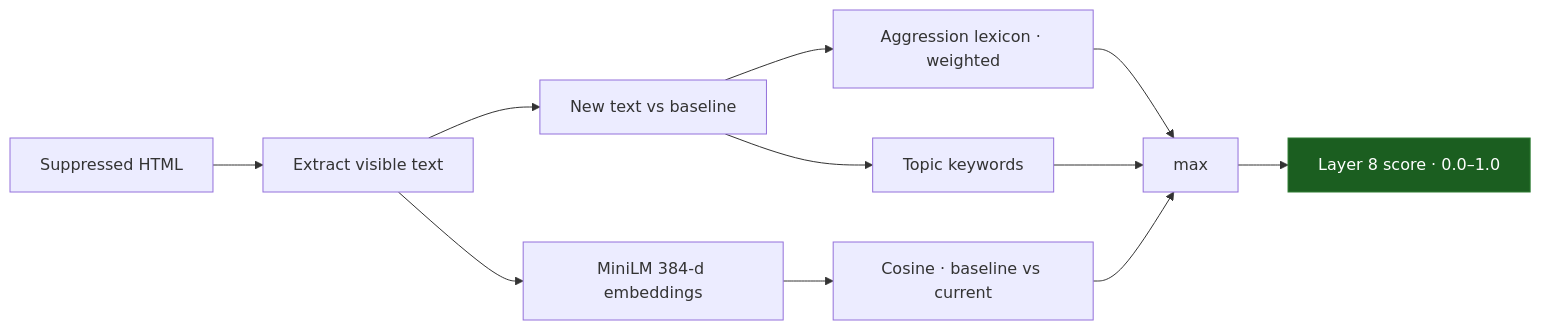
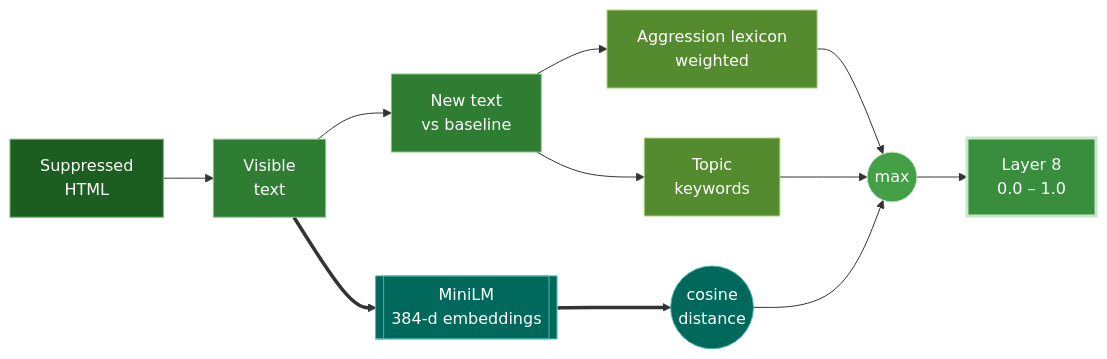
One commit to Ns81000/WARDRESS changed the diagram in docs/layers/8-semantics.mdx. Above: the diagram before and after it, drawn with Mermaid. The commit also changed 10 other files, not shown here.

Commit message:
docs: add comprehensive documentation for the Wardress detection layers and system architecture.

````diff
--- a/docs/layers/8-semantics.mdx
+++ b/docs/layers/8-semantics.mdx
@@ -23,16 +23,18 @@
 ```mermaid
 flowchart LR
-    HTML[Suppressed HTML] --> VT[Extract visible text]
-    VT --> NT[New text vs baseline]
-    NT --> AG[Aggression lexicon · weighted]
-    NT --> TP[Topic keywords]
-    VT --> EMB[MiniLM 384-d embeddings]
-    EMB --> COS[Cosine · baseline vs current]
-    AG --> M[max]
-    TP --> M
-    COS --> M
-    M --> OUT[Layer 8 score · 0.0–1.0]
+    HTML["Suppressed<br/>HTML"]:::in --> VT["Visible<br/>text"]:::node
+    VT --> NT["New text<br/>vs baseline"]:::node
+    NT --> AG["Aggression lexicon<br/>weighted"]:::lex
+    NT --> TP["Topic<br/>keywords"]:::lex
+    VT ==> EMB[["MiniLM<br/>384-d embeddings"]]:::ml
+    EMB ==> COS(("cosine<br/>distance")):::ml
+    AG & TP & COS --> M(("max")):::pick
+    M --> OUT["Layer 8<br/>0.0 – 1.0"]:::out
 
-    classDef out fill:#1b5e20,stroke:#2e7d32,color:#fff;
-    class OUT out;
+    classDef in fill:#1b5e20,stroke:#66bb6a,color:#fff;
+    classDef node fill:#2e7d32,stroke:#81c784,color:#fff;
+    classDef lex fill:#558b2f,stroke:#aed581,color:#fff;
+    classDef ml fill:#00695c,stroke:#4db6ac,color:#fff;
+    classDef pick fill:#43a047,stroke:#c8e6c9,color:#fff;
+    classDef out fill:#388e3c,stroke:#c8e6c9,color:#fff,stroke-width:3px;
 ```
````
